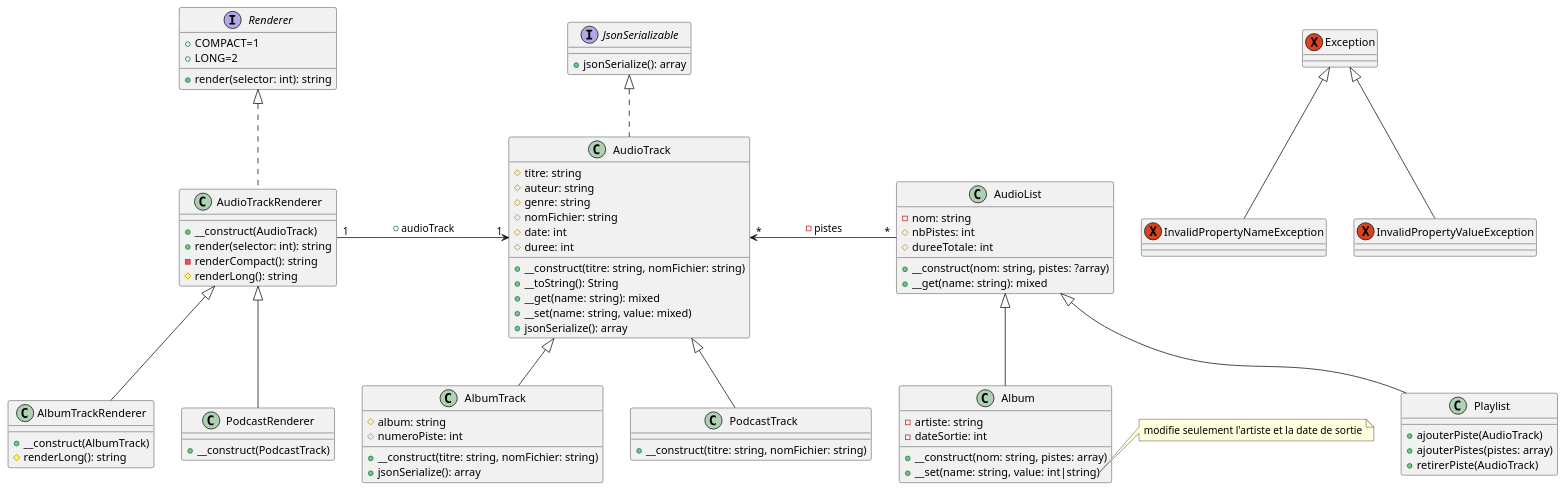
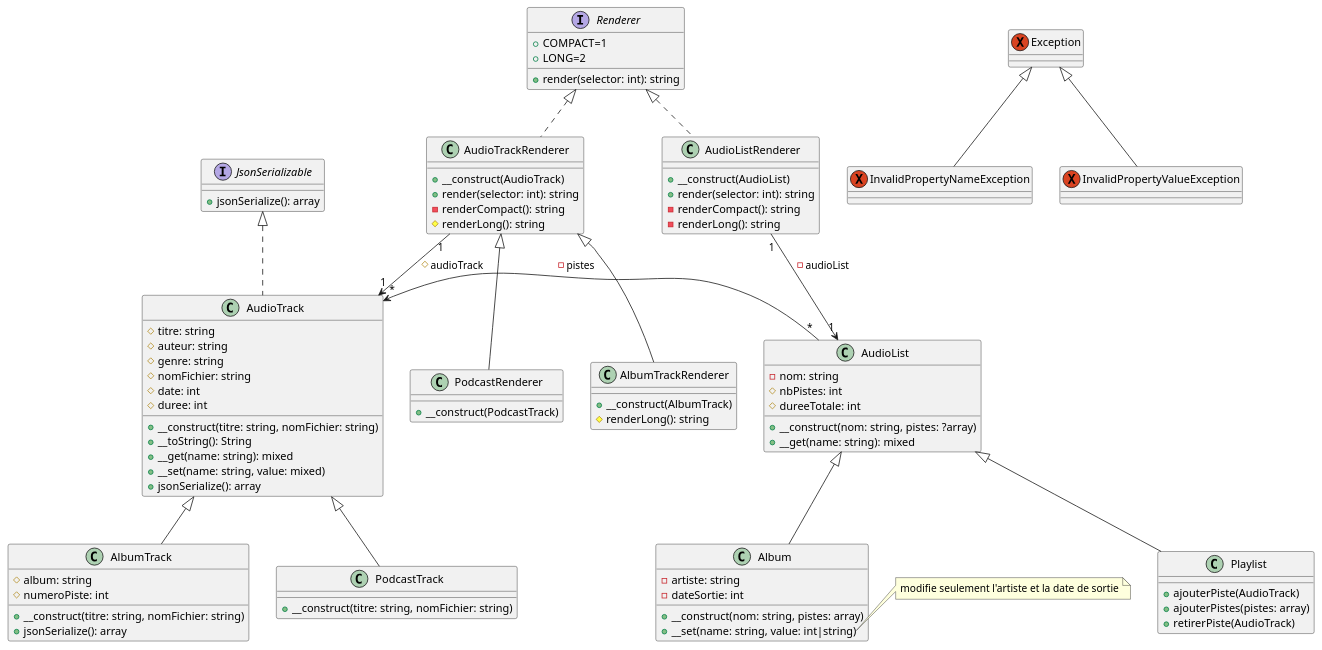
One commit to Packingdustry/deefiy_php changed the diagram in diagClass.puml. Above: the diagram before and after it, drawn with PlantUML. The commit also changed 2 other files, not shown here.

Commit message:
met à jour le diagramme de classe pour td5.4 et change la visibilité de l'attribut d'AudioTrackRenderer

```diff
--- a/diagClass.puml
+++ b/diagClass.puml
@@ -1,84 +1,92 @@
 @startuml
 class AlbumTrack extends AudioTrack {
   #album: string
   #numeroPiste: int
   +__construct(titre: string, nomFichier: string)
   +jsonSerialize(): array
 }
 
 class PodcastTrack extends AudioTrack {
   +__construct(titre: string, nomFichier: string)
 }
 
 interface JsonSerializable {
     +jsonSerialize(): array
 }
 
 class AudioTrack implements JsonSerializable {
   #titre: string
   #auteur: string
   #genre: string
   #nomFichier: string
   #date: int
   #duree: int
   +__construct(titre: string, nomFichier: string)
   +__toString(): String
   +__get(name: string): mixed
   +__set(name: string, value: mixed)
   +jsonSerialize(): array
 }
 
 interface Renderer {
   +COMPACT=1
   +LONG=2
   +render(selector: int): string
 }
 
 class AudioTrackRenderer implements Renderer {
   +__construct(AudioTrack)
   +render(selector: int): string
   -renderCompact(): string
   #renderLong(): string
 }
 
 class AlbumTrackRenderer extends AudioTrackRenderer {
   +__construct(AlbumTrack)
   #renderLong(): string
 }
 
 class PodcastRenderer extends AudioTrackRenderer {
   +__construct(PodcastTrack)
 }
 
 class AudioList {
   -nom: string
   #nbPistes: int
   #dureeTotale: int
   +__construct(nom: string, pistes: ?array)
   +__get(name: string): mixed
 }
 
 class Album extends AudioList {
   -artiste: string
   -dateSortie: int
   +__construct(nom: string, pistes: array)
   +__set(name: string, value: int|string)
 }
 
 class Playlist extends AudioList {
   +ajouterPiste(AudioTrack)
   +ajouterPistes(pistes: array)
   +retirerPiste(AudioTrack)
 }
 
+class AudioListRenderer implements Renderer {
+  +__construct(AudioList)
+  +render(selector: int): string
+  -renderCompact(): string
+  -renderLong(): string
+}
+
 exception Exception
 exception InvalidPropertyNameException extends Exception
 exception InvalidPropertyValueException extends Exception
 
-AudioTrackRenderer "1"-right-> "1" AudioTrack: "+audioTrack"
+AudioTrackRenderer "1"--> "1" AudioTrack: "#audioTrack"
+AudioListRenderer "1"--> "1" AudioList: "-audioList"
 AudioList "*" -left-> "*" AudioTrack: "-pistes"
 
 note right of Album::__set
   modifie seulement l'artiste et la date de sortie
 end note
 @enduml
```
